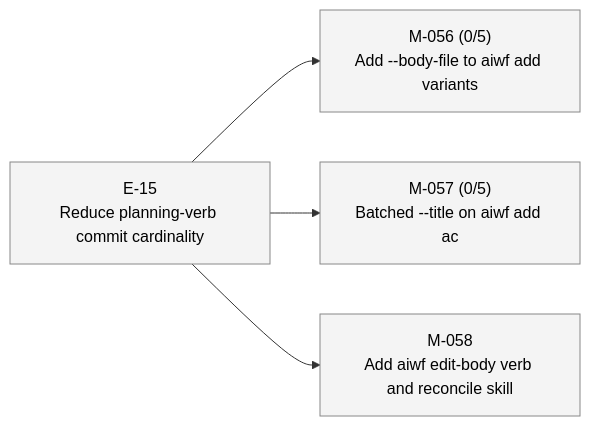
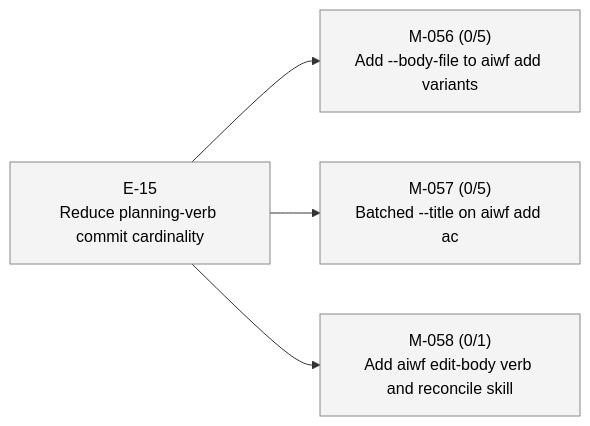
The third of 3 diagrams in STATUS.md (23min/aiwf), drawn with Mermaid before and after one commit. The commit also changed other lines of this file and 1 other file, not shown here.

First line of the commit message:
aiwf add ac M-058/AC-1 "aiwf edit-body verb exists; accepts --body-file or stdin"

````diff
--- a/STATUS.md
+++ b/STATUS.md
@@ -69,16 +69,16 @@
 ```mermaid
 flowchart LR
   E_15["E-15<br/>Reduce planning-verb commit cardinality"]:::epic_proposed
   M_056["M-056 (0/5)<br/>Add --body-file to aiwf add variants"]:::ms_draft
   E_15 --> M_056
   M_057["M-057 (0/5)<br/>Batched --title on aiwf add ac"]:::ms_draft
   E_15 --> M_057
-  M_058["M-058<br/>Add aiwf edit-body verb and reconcile skill"]:::ms_draft
+  M_058["M-058 (0/1)<br/>Add aiwf edit-body verb and reconcile skill"]:::ms_draft
   E_15 --> M_058
   classDef epic_active fill:#d6eaff,stroke:#1a73e8,color:#000
   classDef epic_proposed fill:#f4f4f4,stroke:#888,color:#000
   classDef ms_done fill:#d8f5d8,stroke:#2a8a2a,color:#000
   classDef ms_in_progress fill:#fff3c4,stroke:#caa400,color:#000
   classDef ms_draft fill:#f4f4f4,stroke:#888,color:#000
   classDef ms_cancelled fill:#fbeaea,stroke:#c33,color:#000
 ```
````
